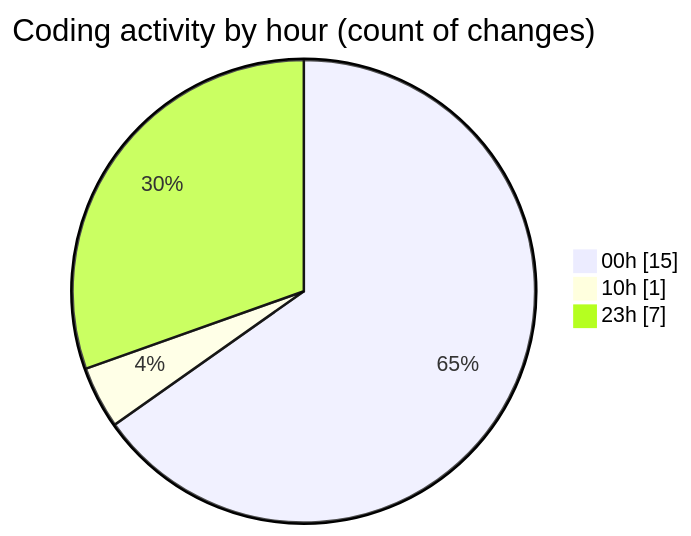
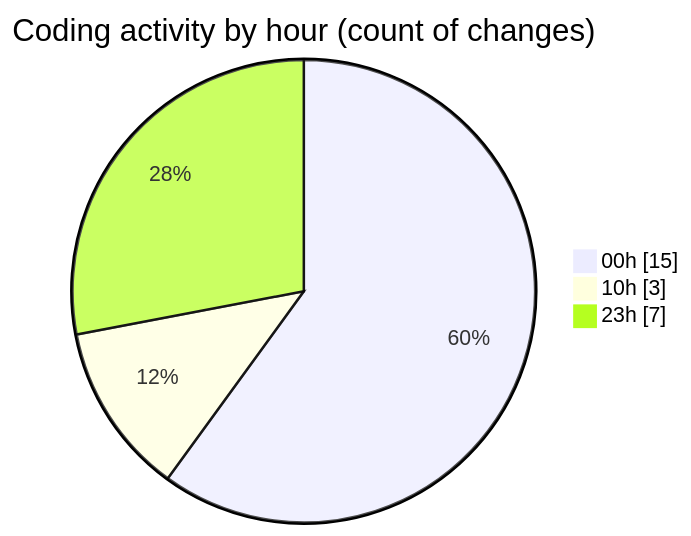
Before and after one commit to Elitesun/code-tracking: the second of 2 diagrams in 2025-05-28/elitesun/README.md, drawn with Mermaid. The commit also changed other lines of this file and 1 other file, not shown here.

````diff
--- a/2025-05-28/elitesun/README.md
+++ b/2025-05-28/elitesun/README.md
@@ -40,7 +41,7 @@
 ```mermaid
 pie showData
 title Coding activity by hour (count of changes)
 "00h" : 15
-"10h" : 1
+"10h" : 3
 "23h" : 7
 ```
````
